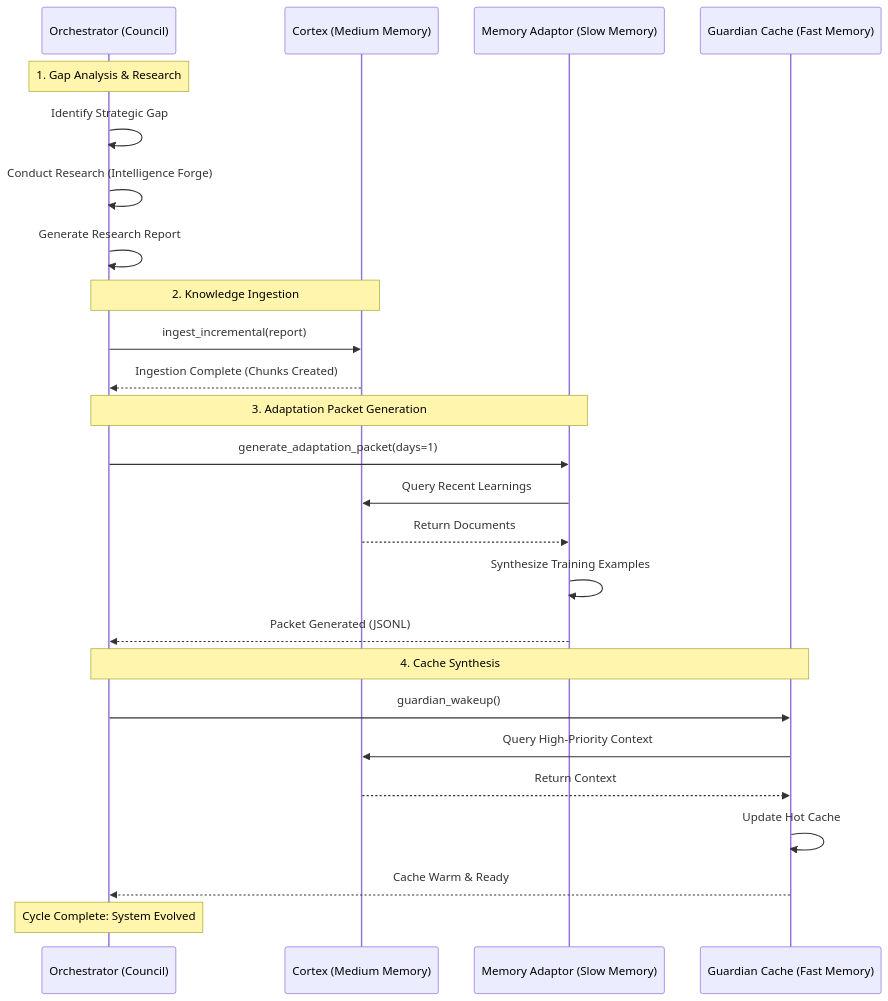
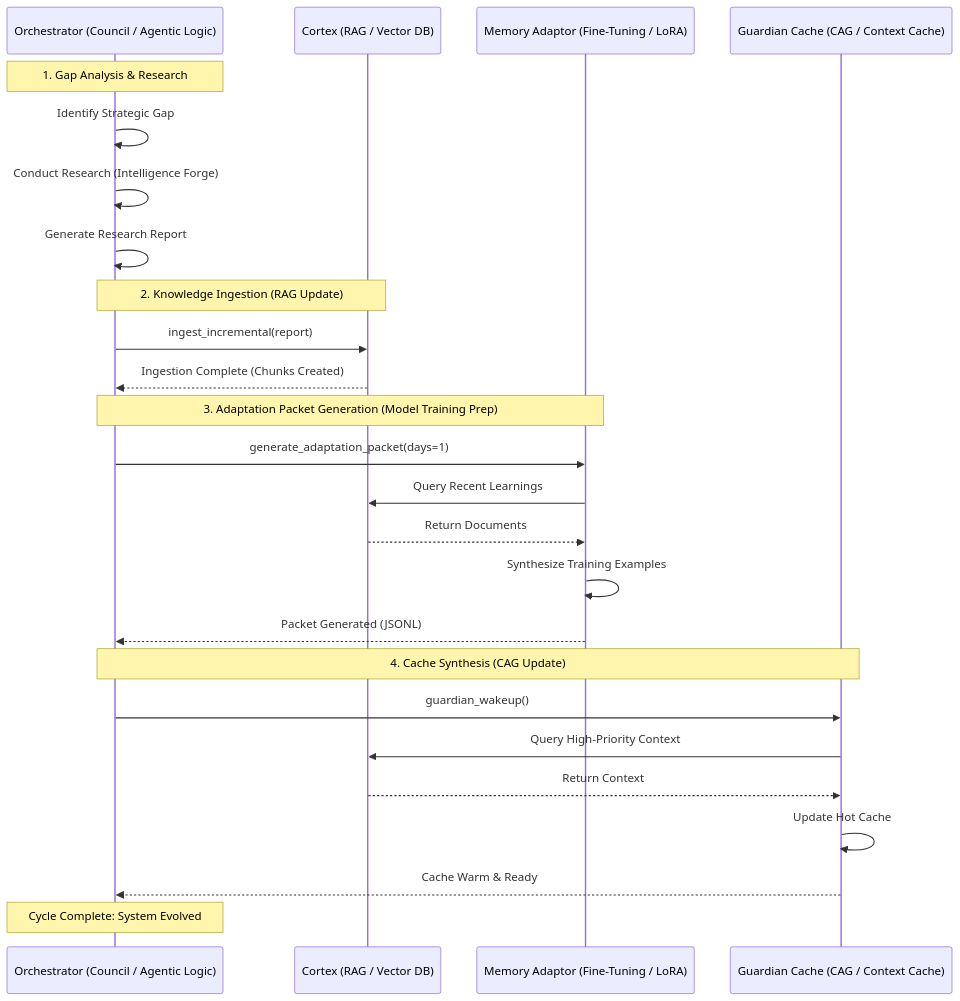
One commit to richfrem/Project_Sanctuary changed the fourth of 4 diagrams in mnemonic_cortex/RAG_STRATEGIES_AND_DOCTRINE.md. Above: the diagram before and after it, drawn with Mermaid. The commit also changed 1 other file, not shown here.

Commit message:
docs(doctrine): clarify diagram with standard RAG/CAG terminology
- Updated Strategic Crucible Loop diagram to explicitly map Sanctuary terms to industry standards (RAG, LoRA, CAG).

````diff
--- a/mnemonic_cortex/RAG_STRATEGIES_AND_DOCTRINE.md
+++ b/mnemonic_cortex/RAG_STRATEGIES_AND_DOCTRINE.md
@@ -837,32 +837,32 @@
 ```mermaid
 sequenceDiagram
-    participant O as Orchestrator (Council)
-    participant C as Cortex (Medium Memory)
-    participant M as Memory Adaptor (Slow Memory)
-    participant G as Guardian Cache (Fast Memory)
+    participant O as Orchestrator (Council / Agentic Logic)
+    participant C as Cortex (RAG / Vector DB)
+    participant M as Memory Adaptor (Fine-Tuning / LoRA)
+    participant G as Guardian Cache (CAG / Context Cache)
 
     Note over O: 1. Gap Analysis & Research
     O->>O: Identify Strategic Gap
     O->>O: Conduct Research (Intelligence Forge)
     O->>O: Generate Research Report
 
-    Note over O, C: 2. Knowledge Ingestion
+    Note over O, C: 2. Knowledge Ingestion (RAG Update)
     O->>C: ingest_incremental(report)
     C-->>O: Ingestion Complete (Chunks Created)
 
-    Note over O, M: 3. Adaptation Packet Generation
+    Note over O, M: 3. Adaptation Packet Generation (Model Training Prep)
     O->>M: generate_adaptation_packet(days=1)
     M->>C: Query Recent Learnings
     C-->>M: Return Documents
     M->>M: Synthesize Training Examples
     M-->>O: Packet Generated (JSONL)
 
-    Note over O, G: 4. Cache Synthesis
+    Note over O, G: 4. Cache Synthesis (CAG Update)
     O->>G: guardian_wakeup()
     G->>C: Query High-Priority Context
     C-->>G: Return Context
     G->>G: Update Hot Cache
     G-->>O: Cache Warm & Ready
 
     Note over O: Cycle Complete: System Evolved
 ```
````
